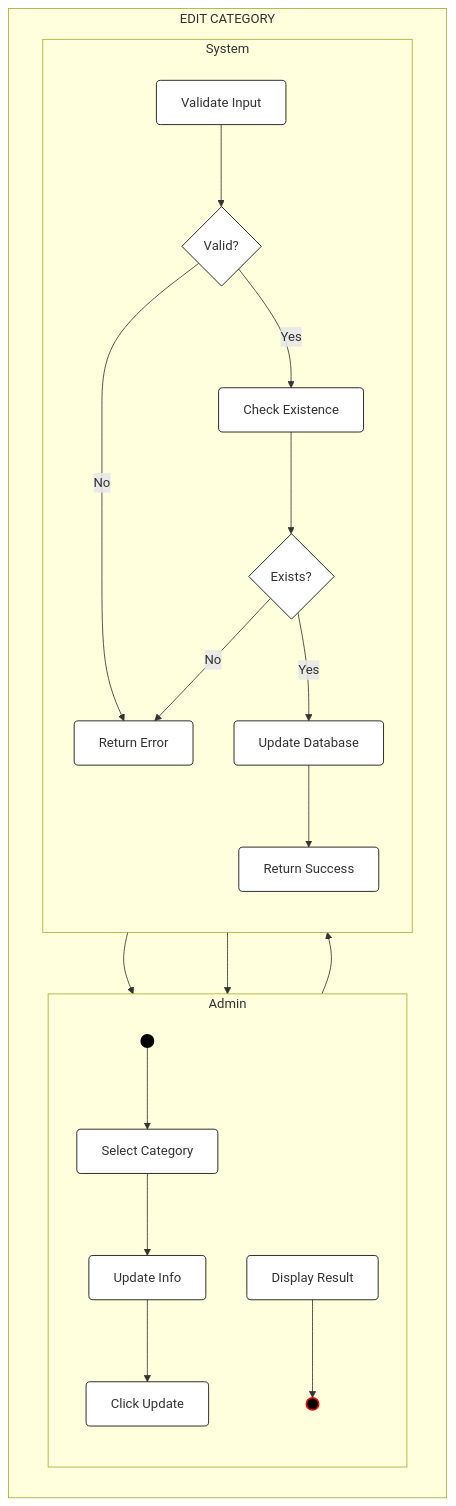
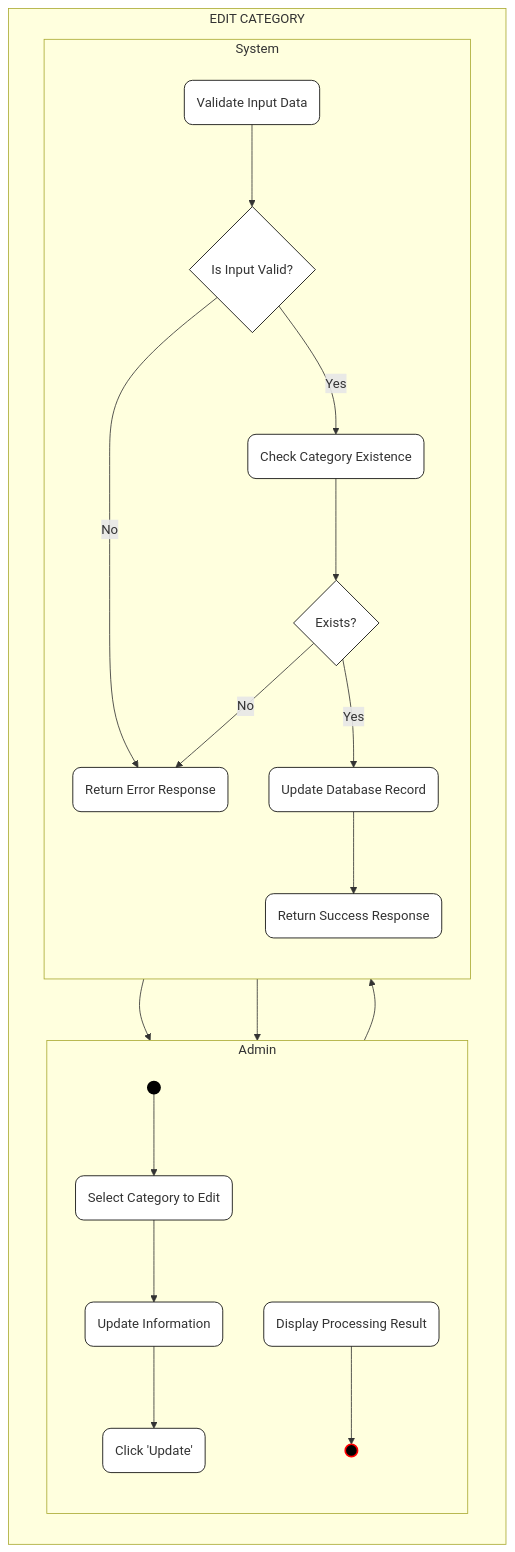
Before and after one commit to phuongloannn/bicycle-web-FE: the fourth of 6 diagrams in UML_Activity_Diagrams.md, drawn with Mermaid. The commit also changed other lines of this file, not shown here.

Commit message:
Update Activity Diagrams with rounded action nodes and improved labels matching visual style

````diff
--- a/UML_Activity_Diagrams.md
+++ b/UML_Activity_Diagrams.md
@@ -163,50 +163,50 @@
 ```mermaid
 flowchart TB
     %% Definitions
     classDef startNode fill:#000,stroke:#000,stroke-width:2px,color:#fff;
     classDef endNode fill:#000,stroke:#f00,stroke-width:2px,color:#fff;
-    classDef actionNode fill:#fff,stroke:#000,stroke-width:1px,rx:5,ry:5;
+    classDef actionNode fill:#fff,stroke:#000,stroke-width:1px,rx:10,ry:10;
     classDef decisionNode fill:#fff,stroke:#000,stroke-width:1px,shape:diamond;
 
     subgraph EditCatGroup ["EDIT CATEGORY"]
         direction TB
 
         subgraph AdminCol4 ["Admin"]
             direction TB
             Start4(( )):::startNode
-            A4_1[Select Category]:::actionNode
-            A4_2[Update Info]:::actionNode
-            A4_3[Click Update]:::actionNode
-            A4_4[Display Result]:::actionNode
+            A4_1(Select Category to Edit):::actionNode
+            A4_2(Update Information):::actionNode
+            A4_3(Click 'Update'):::actionNode
+            A4_4(Display Processing Result):::actionNode
             End4(( )):::endNode
 
             Start4 --> A4_1
             A4_1 --> A4_2
             A4_2 --> A4_3
         end
 
         subgraph SystemCol4 ["System"]
             direction TB
-            S4_1[Validate Input]:::actionNode
-            D4_1{Valid?}:::decisionNode
-            S4_2[Check Existence]:::actionNode
+            S4_1(Validate Input Data):::actionNode
+            D4_1{Is Input Valid?}:::decisionNode
+            S4_2(Check Category Existence):::actionNode
             D4_2{Exists?}:::decisionNode
-            S4_3[Update Database]:::actionNode
-            S4_4[Return Success]:::actionNode
-            S4_5[Return Error]:::actionNode
+            S4_3(Update Database Record):::actionNode
+            S4_4(Return Success Response):::actionNode
+            S4_5(Return Error Response):::actionNode
 
             A4_3 --> S4_1
             S4_1 --> D4_1
             D4_1 -- No --> S4_5
             D4_1 -- Yes --> S4_2
             S4_2 --> D4_2
             D4_2 -- No --> S4_5
             D4_2 -- Yes --> S4_3
             S4_3 --> S4_4
             S4_4 --> A4_4
             S4_5 --> A4_4
         end
         
         A4_4 --> End4
     end
 ```
````
